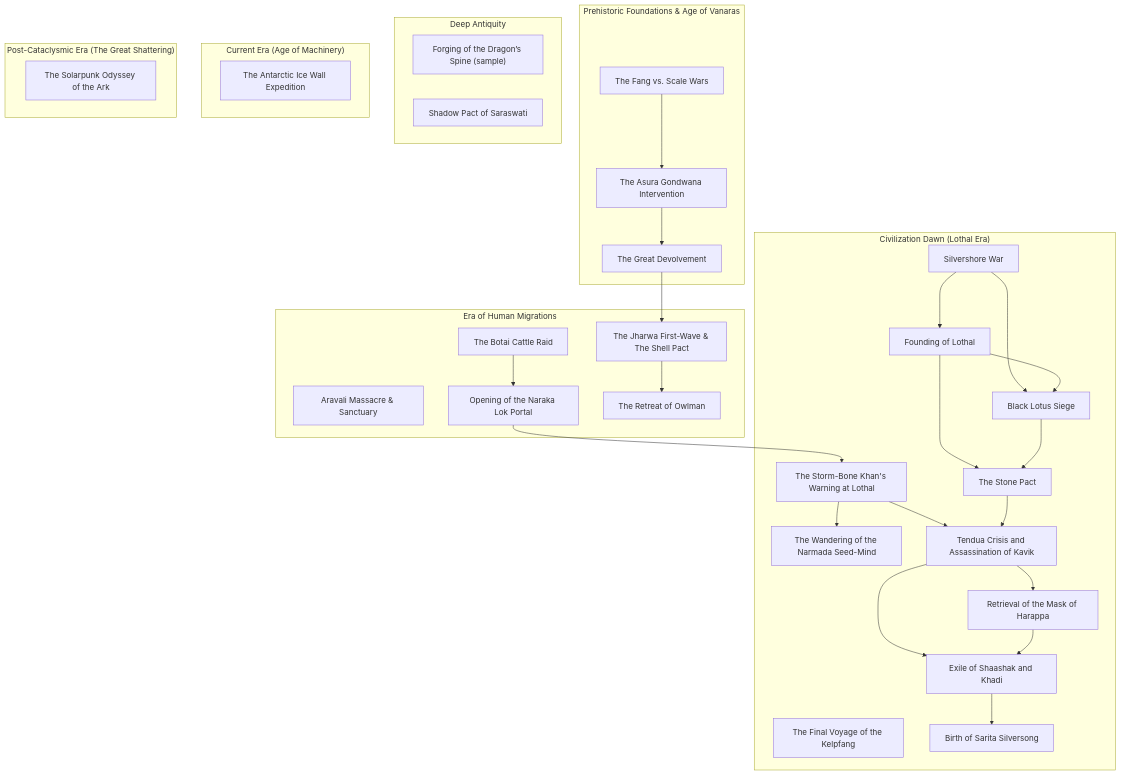
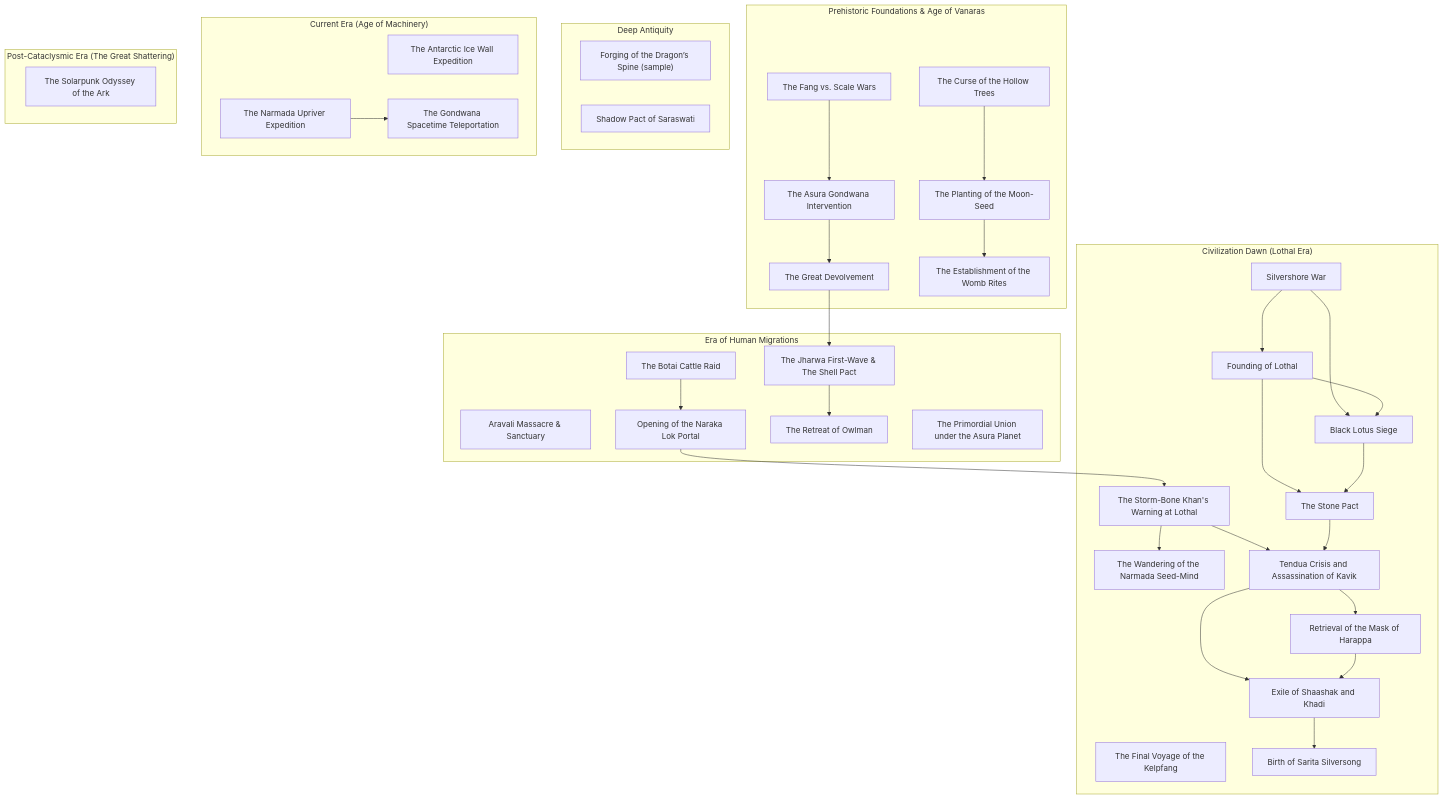
One commit to lordlebu/SouthOfTethys changed the second of 2 diagrams in docs/timeline_mermaid.md. Above: the diagram before and after it, drawn with Mermaid. The commit also changed other lines of this file and 20 other files, not shown here.

````diff
--- a/docs/timeline_mermaid.md
+++ b/docs/timeline_mermaid.md
@@ -30,56 +30,65 @@
 ```mermaid
 graph TD
     subgraph epoch_prehistoric["Prehistoric Foundations & Age of Vanaras"]
-        E0["The Fang vs. Scale Wars"]
-        E1["The Asura Gondwana Intervention"]
-        E2["The Great Devolvement"]
+        E0["The Curse of the Hollow Trees"]
+        E1["The Fang vs. Scale Wars"]
+        E2["The Asura Gondwana Intervention"]
+        E3["The Great Devolvement"]
+        E4["The Planting of the Moon-Seed"]
+        E5["The Establishment of the Womb Rites"]
     end
     subgraph epoch_deep_antiquity["Deep Antiquity"]
-        E3["Forging of the Dragon’s Spine (sample)"]
-        E4["Shadow Pact of Saraswati"]
+        E6["Forging of the Dragon’s Spine (sample)"]
+        E7["Shadow Pact of Saraswati"]
     end
     subgraph epoch_migrations["Era of Human Migrations"]
-        E5["Aravali Massacre & Sanctuary"]
-        E6["The Botai Cattle Raid"]
-        E7["The Jharwa First-Wave & The Shell Pact"]
-        E8["Opening of the Naraka Lok Portal"]
-        E9["The Retreat of Owlman"]
+        E8["Aravali Massacre & Sanctuary"]
+        E9["The Botai Cattle Raid"]
+        E10["The Jharwa First-Wave & The Shell Pact"]
+        E11["Opening of the Naraka Lok Portal"]
+        E12["The Retreat of Owlman"]
+        E13["The Primordial Union under the Asura Planet"]
     end
     subgraph epoch_civilization_dawn["Civilization Dawn (Lothal Era)"]
-        E10["The Final Voyage of the Kelpfang"]
-        E11["The Storm-Bone Khan's Warning at Lothal"]
-        E12["The Wandering of the Narmada Seed-Mind"]
-        E13["Silvershore War"]
-        E14["Founding of Lothal"]
-        E15["Black Lotus Siege"]
-        E16["The Stone Pact"]
-        E17["Tendua Crisis and Assassination of Kavik"]
-        E18["Retrieval of the Mask of Harappa"]
-        E19["Exile of Shaashak and Khadi"]
-        E20["Birth of Sarita Silversong"]
+        E14["The Final Voyage of the Kelpfang"]
+        E15["The Storm-Bone Khan's Warning at Lothal"]
+        E16["The Wandering of the Narmada Seed-Mind"]
+        E17["Silvershore War"]
+        E18["Founding of Lothal"]
+        E19["Black Lotus Siege"]
+        E20["The Stone Pact"]
+        E21["Tendua Crisis and Assassination of Kavik"]
+        E22["Retrieval of the Mask of Harappa"]
+        E23["Exile of Shaashak and Khadi"]
+        E24["Birth of Sarita Silversong"]
     end
     subgraph epoch_current["Current Era (Age of Machinery)"]
-        E21["The Antarctic Ice Wall Expedition"]
+        E25["The Antarctic Ice Wall Expedition"]
+        E26["The Narmada Upriver Expedition"]
+        E27["The Gondwana Spacetime Teleportation"]
     end
     subgraph epoch_post_cataclysm["Post-Cataclysmic Era (The Great Shattering)"]
-        E22["The Solarpunk Odyssey of the Ark"]
+        E28["The Solarpunk Odyssey of the Ark"]
     end
-    E0 --> E1
+    E0 --> E4
     E1 --> E2
-    E2 --> E7
-    E6 --> E8
-    E7 --> E9
-    E8 --> E11
-    E11 --> E17
-    E11 --> E12
-    E13 --> E15
-    E13 --> E14
-    E14 --> E16
-    E14 --> E15
+    E2 --> E3
+    E3 --> E10
+    E4 --> E5
+    E9 --> E11
+    E10 --> E12
+    E11 --> E15
+    E15 --> E21
     E15 --> E16
-    E16 --> E17
+    E17 --> E19
     E17 --> E18
-    E17 --> E19
+    E18 --> E20
     E18 --> E19
     E19 --> E20
+    E20 --> E21
+    E21 --> E22
+    E21 --> E23
+    E22 --> E23
+    E23 --> E24
+    E26 --> E27
 ```
````
